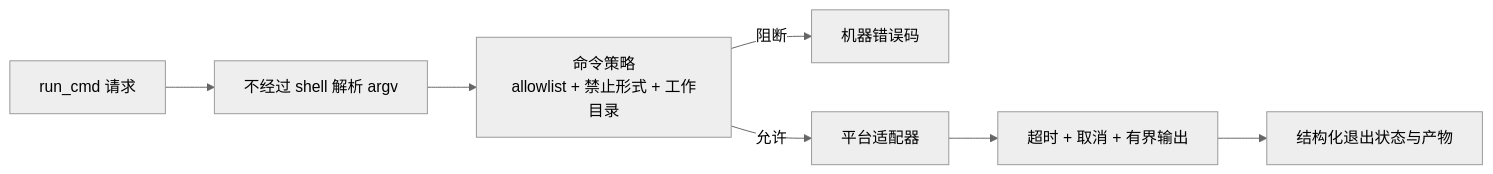
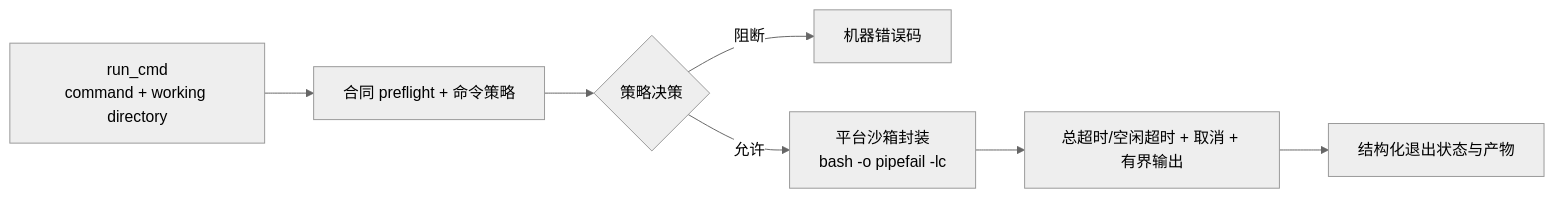
Before and after one commit to MatrixCoreX/RustClaw: the second of 2 diagrams in docs/architecture/02-security-execution.zh-CN.md, drawn with Mermaid (neutral theme). The commit also changed other lines of this file and 17 other files, not shown here.

Commit message:
docs: synchronize architecture learning guide

````diff
--- a/docs/architecture/02-security-execution.zh-CN.md
+++ b/docs/architecture/02-security-execution.zh-CN.md
@@ -34,9 +40,9 @@
 ```mermaid
 flowchart LR
-    A[run_cmd 请求] --> B[不经过 shell 解析 argv]
-    B --> C[命令策略<br/>allowlist + 禁止形式 + 工作目录]
+    A[run_cmd<br/>command + working directory] --> B[合同 preflight + 命令策略]
+    B --> C{策略决策}
     C -->|阻断| D[机器错误码]
-    C -->|允许| E[平台适配器]
-    E --> F[超时 + 取消 + 有界输出]
+    C -->|允许| E[平台沙箱封装<br/>bash -o pipefail -lc]
+    E --> F[总超时/空闲超时 + 取消 + 有界输出]
     F --> G[结构化退出状态与产物]
 ```
````
